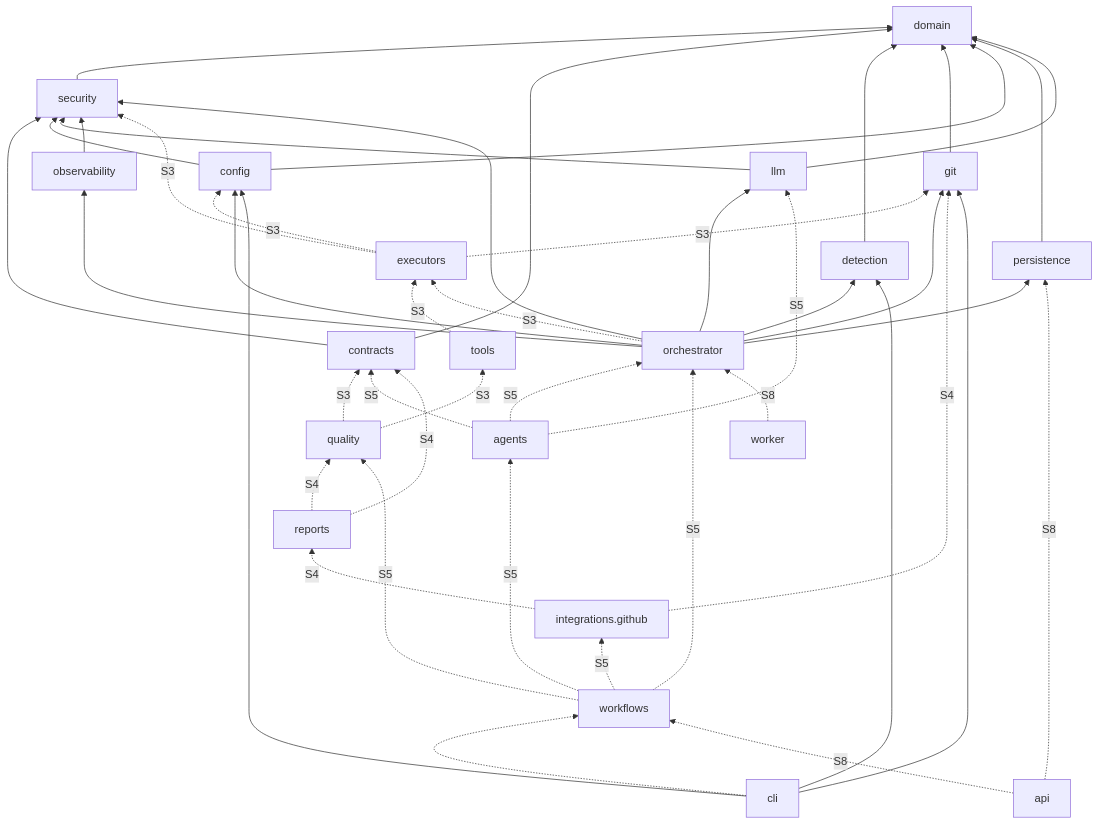
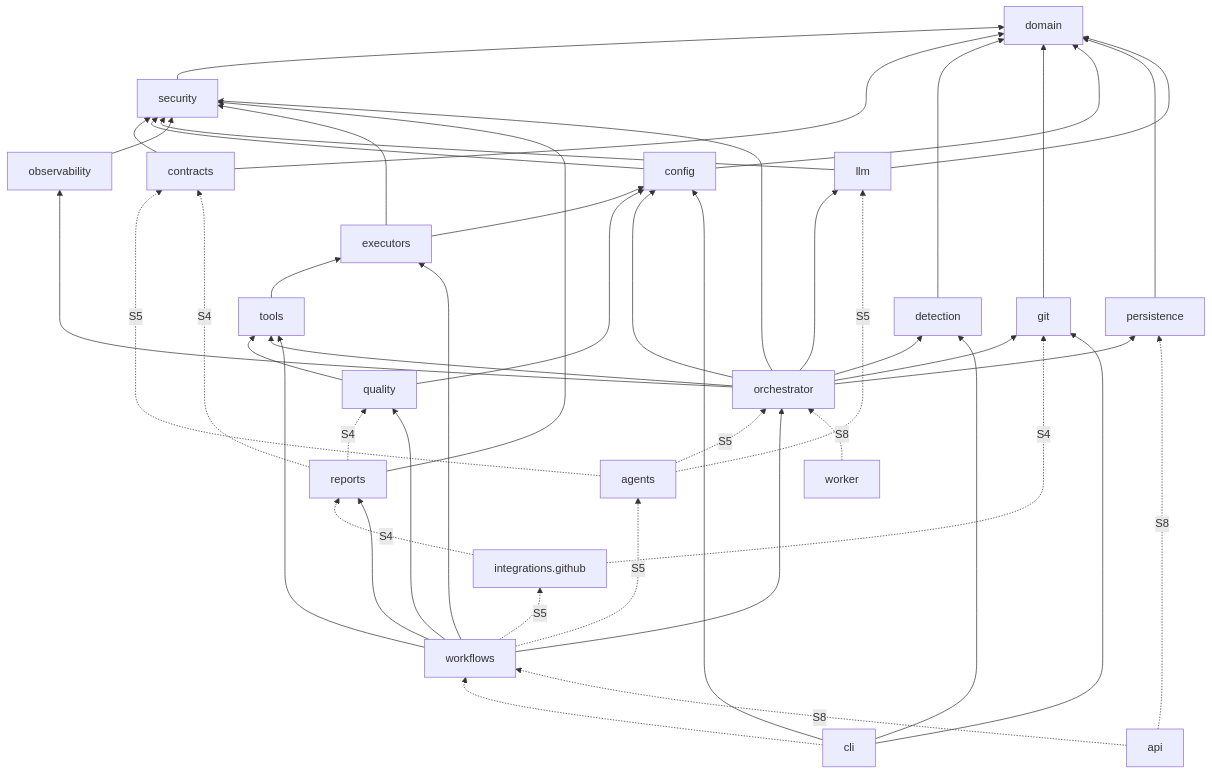
Before and after one commit to aitmaganbetov/ai-coding-platform: the diagram in docs/architecture/modules.md, drawn with Mermaid. The commit also changed other lines of this file and 67 other files, not shown here.

````diff
--- a/docs/architecture/modules.md
+++ b/docs/architecture/modules.md
@@ -65,25 +66,27 @@
 ```mermaid
 flowchart BT
     domain
     security --> domain
     contracts --> security & domain
     detection --> domain
     git --> domain
     config --> security & domain
     persistence --> domain
     llm --> security & domain
     observability --> security
-    executors -.S3.-> security & config & git
-    tools -.S3.-> executors
-    quality -.S3.-> tools & contracts
+    executors --> security & config
+    tools --> executors
+    quality --> tools & config
+    reports --> security
     orchestrator --> persistence & config & security & llm & git & detection & observability
-    orchestrator -.S3.-> executors
+    orchestrator --> tools
     agents -.S5.-> contracts & llm & orchestrator
     reports -.S4.-> quality & contracts
     github[integrations.github] -.S4.-> git & reports
-    workflows -.S5.-> orchestrator & agents & quality & github
+    workflows --> orchestrator & quality & reports & tools & executors
+    workflows -.S5.-> agents & github
     cli --> config & detection & git
     cli -.-> workflows
     api -.S8.-> workflows & persistence
     worker -.S8.-> orchestrator
 ```
````
